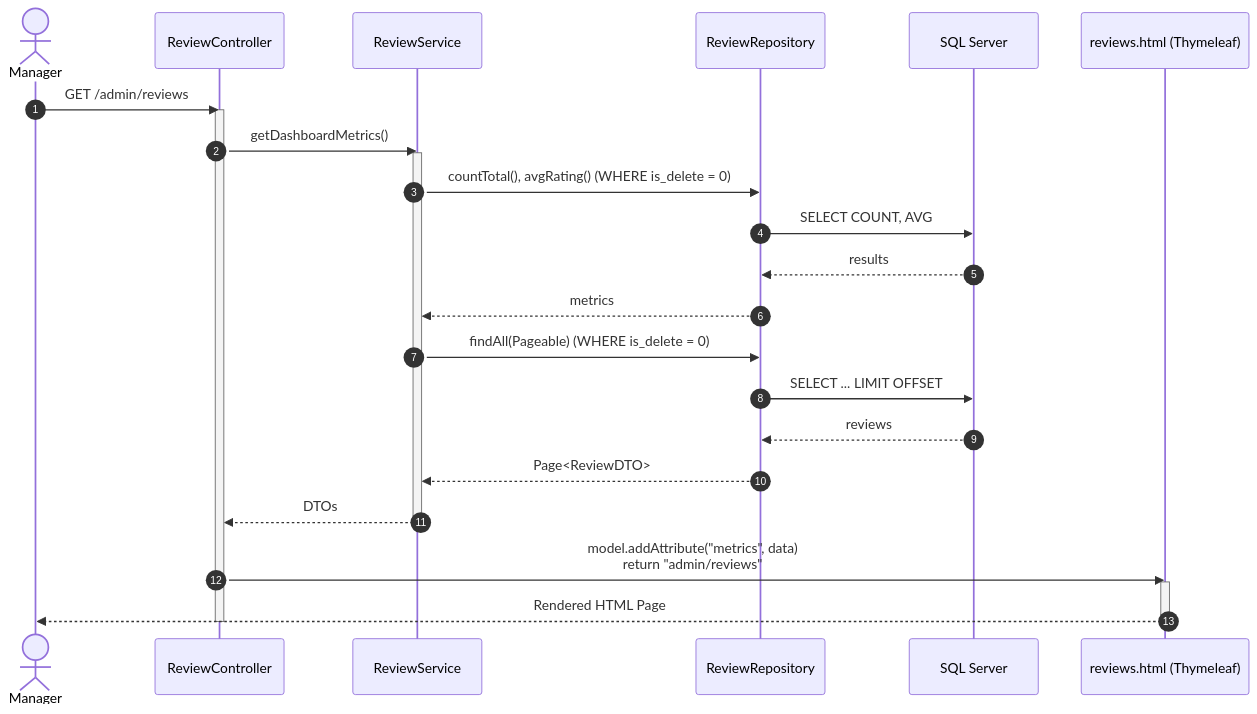
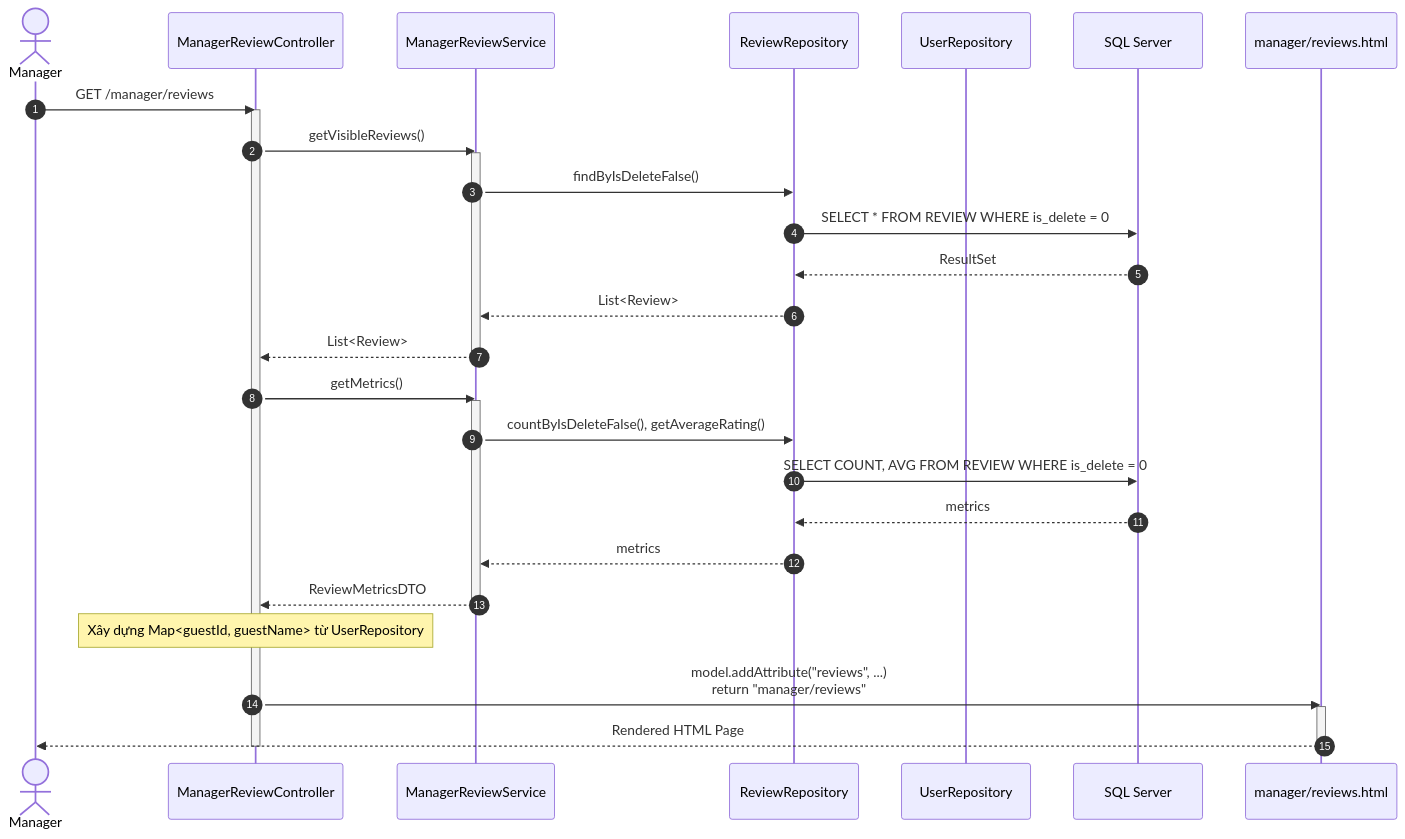
One commit to danhdac36/xoai-aura-retreat changed the second of 3 diagrams in 04_Implement/Module5/UC29/EDS_UC29_CustomerReviews.md. Above: the diagram before and after it, drawn with Mermaid. The commit also changed other lines of this file and 3 other files, not shown here.

````diff
--- a/04_Implement/Module5/UC29/EDS_UC29_CustomerReviews.md
+++ b/04_Implement/Module5/UC29/EDS_UC29_CustomerReviews.md
@@ -193,30 +272,36 @@
 ```mermaid
 sequenceDiagram
     autonumber
     actor Manager
-    participant Controller as ReviewController
-    participant Service as ReviewService
-    participant Repo as ReviewRepository
+    participant Controller as ManagerReviewController
+    participant Service as ManagerReviewService
+    participant ReviewRepo as ReviewRepository
+    participant UserRepo as UserRepository
     participant DB as SQL Server
-    participant View as reviews.html (Thymeleaf)
+    participant View as manager/reviews.html
 
-    Manager->>Controller: GET /admin/reviews
+    Manager->>Controller: GET /manager/reviews
     activate Controller
-    Controller->>Service: getDashboardMetrics()
+    Controller->>Service: getVisibleReviews()
     activate Service
-    Service->>Repo: countTotal(), avgRating() (WHERE is_delete = 0)
-    Repo->>DB: SELECT COUNT, AVG
-    DB-->>Repo: results
-    Repo-->>Service: metrics
-    Service->>Repo: findAll(Pageable) (WHERE is_delete = 0)
-    Repo->>DB: SELECT ... LIMIT OFFSET
-    DB-->>Repo: reviews
-    Repo-->>Service: Page<ReviewDTO>
-    Service-->>Controller: DTOs
+    Service->>ReviewRepo: findByIsDeleteFalse()
+    ReviewRepo->>DB: SELECT * FROM REVIEW WHERE is_delete = 0
+    DB-->>ReviewRepo: ResultSet
+    ReviewRepo-->>Service: List<Review>
+    Service-->>Controller: List<Review>
     deactivate Service
-    Controller->>View: model.addAttribute("metrics", data)<br/>return "admin/reviews"
+    Controller->>Service: getMetrics()
+    activate Service
+    Service->>ReviewRepo: countByIsDeleteFalse(), getAverageRating()
+    ReviewRepo->>DB: SELECT COUNT, AVG FROM REVIEW WHERE is_delete = 0
+    DB-->>ReviewRepo: metrics
+    ReviewRepo-->>Service: metrics
+    Service-->>Controller: ReviewMetricsDTO
+    deactivate Service
+    Note over Controller: Xây dựng Map<guestId, guestName> từ UserRepository
+    Controller->>View: model.addAttribute("reviews", ...)<br/>return "manager/reviews"
     activate View
     View-->>Manager: Rendered HTML Page
     deactivate View
     deactivate Controller
 ```
````
